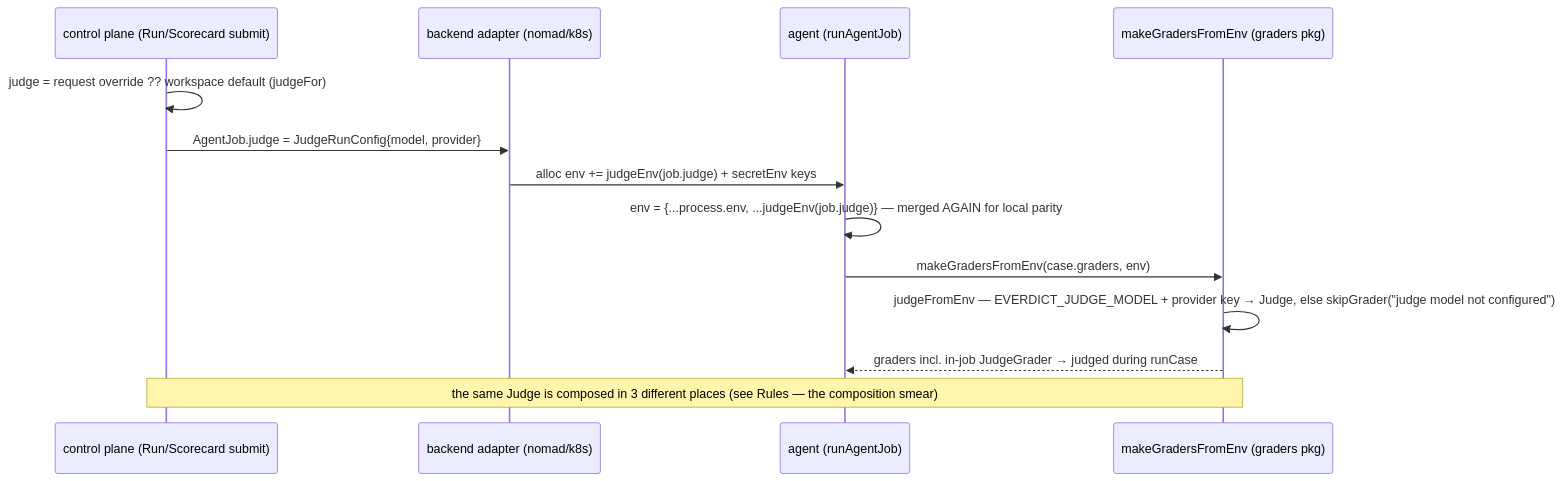
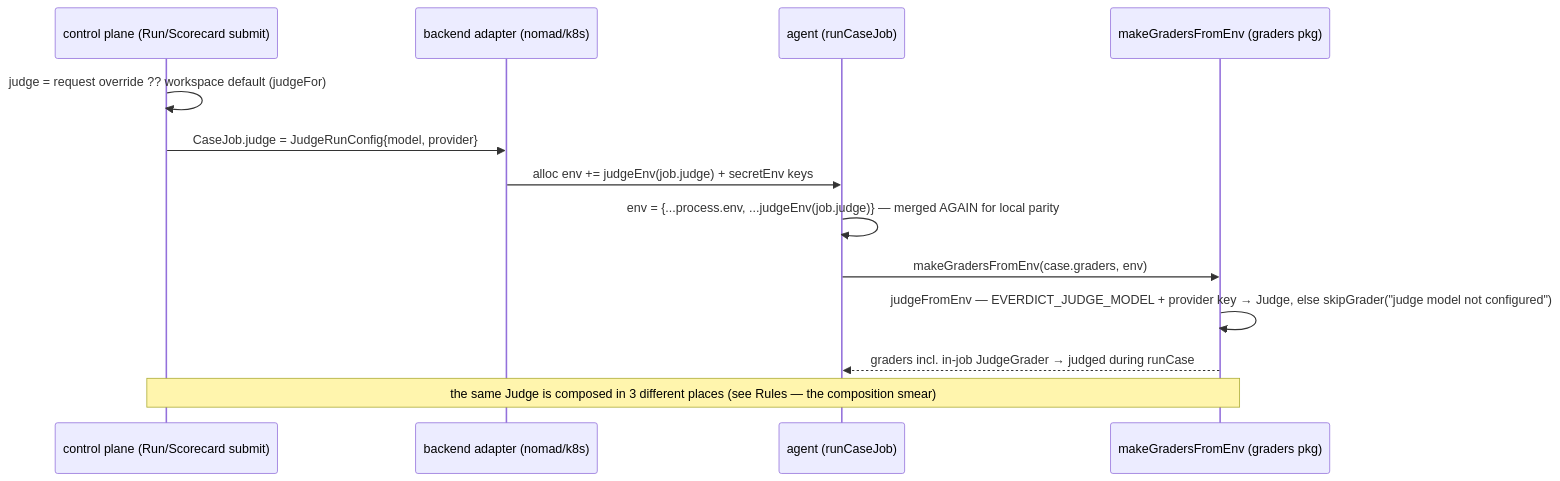
Before and after one commit to everdict/everdict: the fourth of 4 diagrams in docs/architecture/rearchitecture/domains/judge.md, drawn with Mermaid. The commit also changed other lines of this file and 180 other files, not shown here.

````diff
--- a/docs/architecture/rearchitecture/domains/judge.md
+++ b/docs/architecture/rearchitecture/domains/judge.md
@@ -165,16 +165,16 @@
 ```mermaid
 sequenceDiagram
     participant CP as control plane (Run/Scorecard submit)
     participant BE as backend adapter (nomad/k8s)
-    participant AG as agent (runAgentJob)
+    participant AG as agent (runCaseJob)
     participant G as makeGradersFromEnv (graders pkg)
 
     CP->>CP: judge = request override ?? workspace default (judgeFor)
-    CP->>BE: AgentJob.judge = JudgeRunConfig{model, provider}
+    CP->>BE: CaseJob.judge = JudgeRunConfig{model, provider}
     BE->>AG: alloc env += judgeEnv(job.judge) + secretEnv keys
     AG->>AG: env = {...process.env, ...judgeEnv(job.judge)} — merged AGAIN for local parity
     AG->>G: makeGradersFromEnv(case.graders, env)
     G->>G: judgeFromEnv — EVERDICT_JUDGE_MODEL + provider key → Judge, else skipGrader("judge model not configured")
     G-->>AG: graders incl. in-job JudgeGrader → judged during runCase
     Note over CP,G: the same Judge is composed in 3 different places (see Rules — the composition smear)
 ```
````
